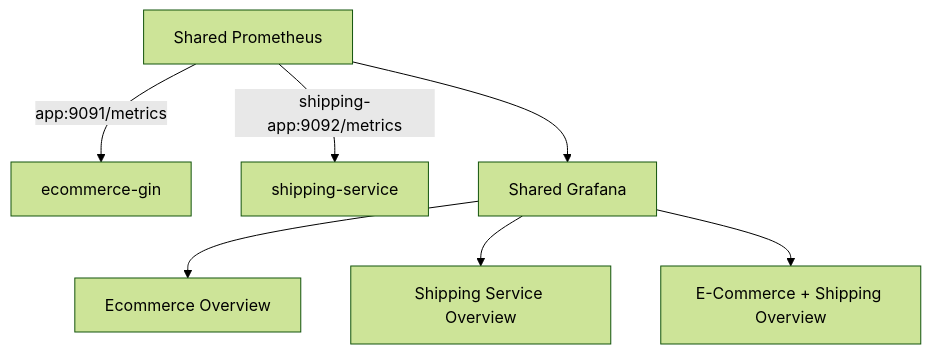
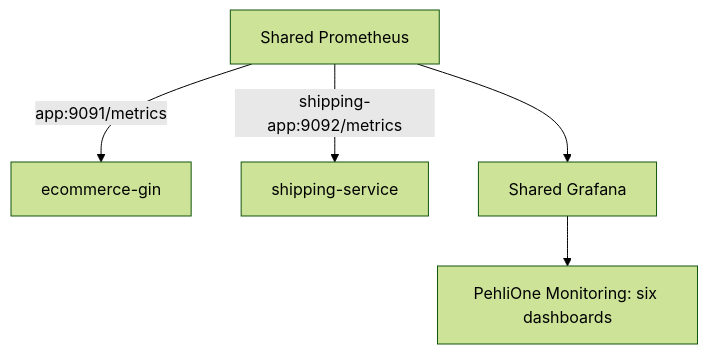
One commit to mustafa-oezdemir/shipping-service changed the second of 2 diagrams in README.md. Above: the diagram before and after it, drawn with Mermaid (forest theme). The commit also changed other lines of this file and 1 other file, not shown here.

Commit message:
docs(monitoring): document shared operations stack

````diff
--- a/README.md
+++ b/README.md
@@ -181,9 +181,7 @@
 ```mermaid
 flowchart TD
     P["Shared Prometheus"] -->|"app:9091/metrics"| E["ecommerce-gin"]
     P -->|"shipping-app:9092/metrics"| S["shipping-service"]
     P --> G["Shared Grafana"]
-    G --> ED["Ecommerce Overview"]
-    G --> SD["Shipping Service Overview"]
-    G --> CD["E-Commerce + Shipping Overview"]
+    G --> D["PehliOne Monitoring: six dashboards"]
 ```
````
